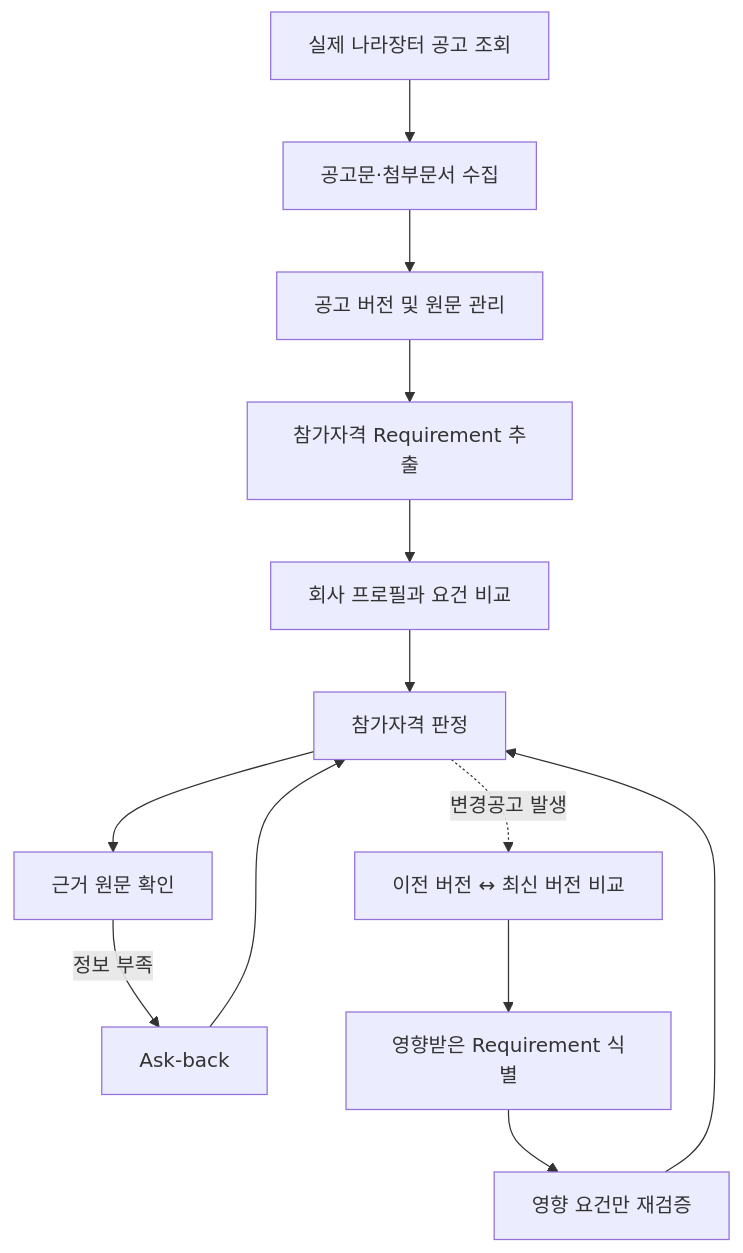
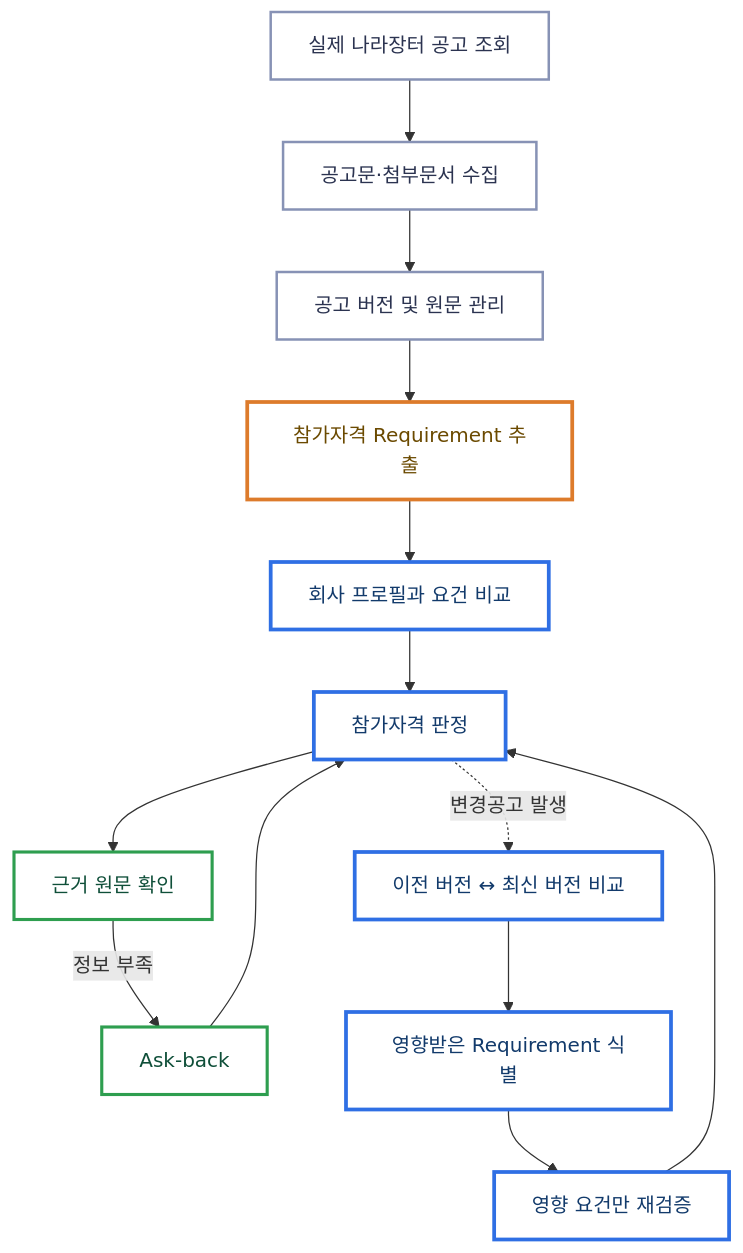
One commit to SKNETWORKS-FAMILY-AICAMP/SKN34-3rd-4Team changed the second of 10 diagrams in README.md. Above: the diagram before and after it, drawn with Mermaid. The commit also changed other lines of this file and 2 other files, not shown here.

Commit message:
docs: 이용안내·회사 프로필 캡처 추가, Mermaid 색 팔레트 통일

````diff
--- a/README.md
+++ b/README.md
@@ -143,15 +154,27 @@
 ```mermaid
 flowchart TD
     A["실제 나라장터 공고 조회"] --> B["공고문·첨부문서 수집"]
     B --> C["공고 버전 및 원문 관리"]
     C --> D["참가자격 Requirement 추출"]
     D --> E["회사 프로필과 요건 비교"]
     E --> F["참가자격 판정"]
     F --> G["근거 원문 확인"]
     G -- "정보 부족" --> H["Ask-back"]
     H --> F
     F -. "변경공고 발생" .-> I["이전 버전 ↔ 최신 버전 비교"]
     I --> J["영향받은 Requirement 식별"]
     J --> K["영향 요건만 재검증"]
     K --> F
+
+    classDef core  fill:none,stroke:#2F6FE4,stroke-width:3px,color:#123A6B
+    classDef llm   fill:none,stroke:#DD7B2B,stroke-width:3px,color:#6B4A00
+    classDef safe  fill:none,stroke:#2E9E4F,stroke-width:2.5px,color:#0F4F39
+    classDef src   fill:none,stroke:#8792B5,stroke-width:2px,color:#2B3350
+    classDef plain fill:none,stroke:#B9BCCB,stroke-width:1.5px,color:#2B3350
+    classDef zone  fill:none,stroke:#C9CFDC,stroke-width:1px,color:#5C6270
+
+    class A,B,C src
+    class D llm
+    class E,F,I,J,K core
+    class G,H safe
 ```
````
